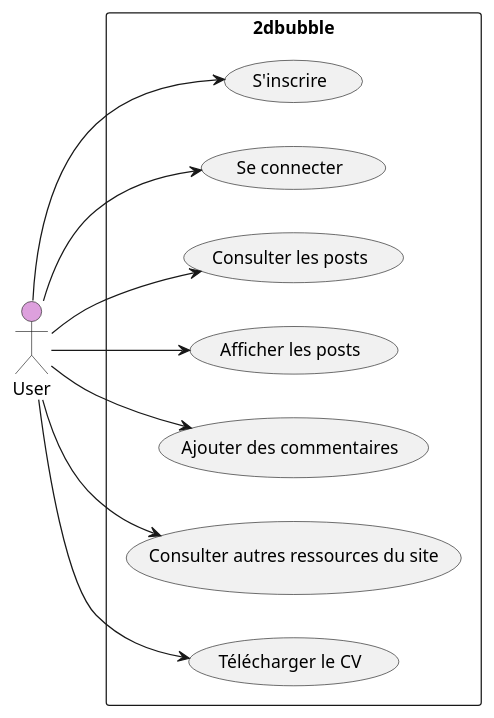
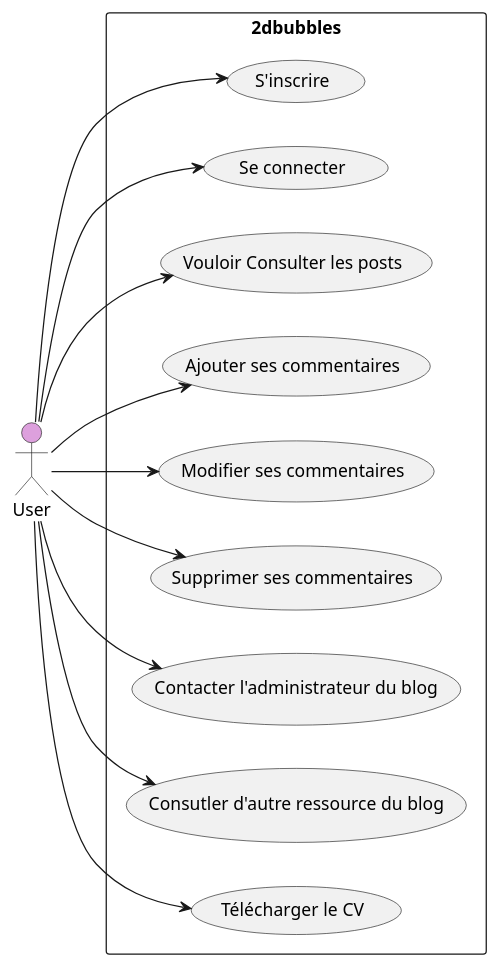
Before and after one commit to laurasullyalexandrine/the2dbubbles: the diagram in diagrammes-uml/UserCase/User.puml, drawn with PlantUML. The commit also changed other lines of this file and 2 other files, not shown here.

Commit message:
update the UserCase diagrams User IserAdmin and UserSuperAdmin

```diff
--- a/diagrammes-uml/UserCase/User.puml
+++ b/diagrammes-uml/UserCase/User.puml
@@ -2,25 +1,29 @@
 @startuml User
 
 left to right direction
 
 actor "User" as User #Plum
 
-rectangle 2dbubble{
+rectangle 2dbubbles{
   usecase "S'inscrire" as UC1
   usecase "Se connecter" as UC2
-  usecase "Consulter les posts" as UC3
-  usecase "Afficher les posts" as UC4
-  usecase "Ajouter des commentaires" as UC5
-  usecase "Consulter autres ressources du site" as UC6
-  usecase "Télécharger le CV" as UC7
+  usecase "Vouloir Consulter les posts" as UC3
+  usecase "Ajouter ses commentaires" as UC4
+  usecase "Modifier ses commentaires" as UC5
+  usecase "Supprimer ses commentaires" as UC6
+  usecase "Contacter l'administrateur du blog" as UC7
+  usecase "Consutler d'autre ressource du blog" as UC8
+  usecase "Télécharger le CV" as UC9
 }
 
 User --> UC1
 User --> UC2
 User --> UC3
 User --> UC4
 User --> UC5
 User --> UC6
 User --> UC7
+User --> UC8
+User --> UC9
 
 @enduml
```
